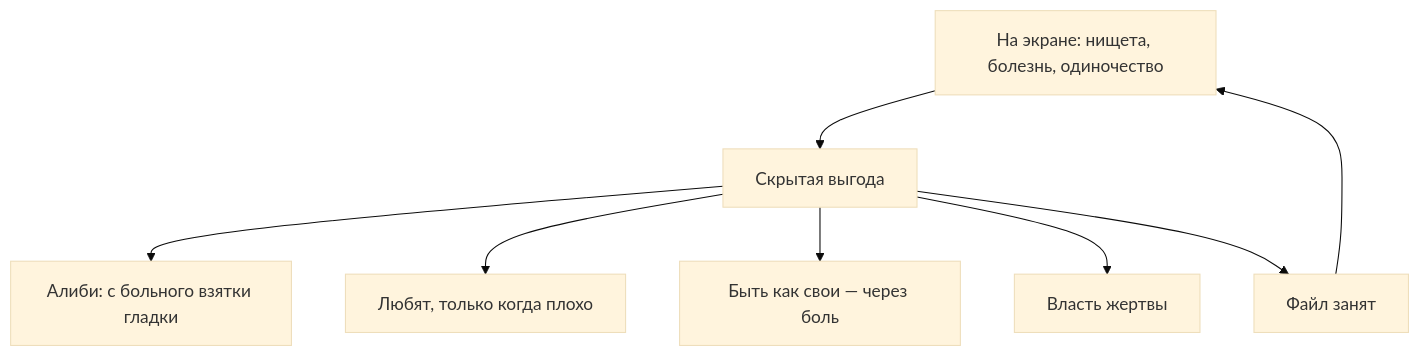
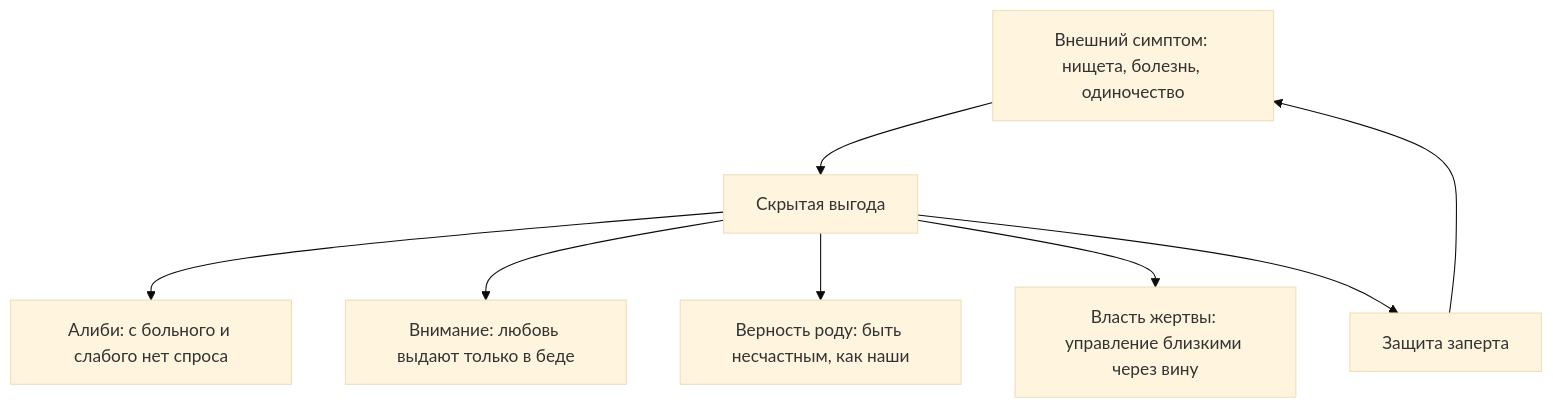
The diagram in root/15-secondary-benefits-firewall/ru.mdx (GTFB/threebooks), drawn with Mermaid (base theme) before and after one commit. The commit also changed other lines of this file and 40 other files, not shown here.

````diff
--- a/root/15-secondary-benefits-firewall/ru.mdx
+++ b/root/15-secondary-benefits-firewall/ru.mdx
@@ -88,10 +88,10 @@
 ```mermaid
 flowchart TD
-  Symptom["На экране: нищета, болезнь, одиночество"] --> Benefit["Скрытая выгода"]
-  Benefit --> Safety["Алиби: с больного взятки гладки"]
-  Benefit --> Attention["Любят, только когда плохо"]
-  Benefit --> Loyalty["Быть как свои — через боль"]
-  Benefit --> Power["Власть жертвы"]
-  Benefit --> Lock["Файл занят"]
+  Symptom["Внешний симптом: нищета, болезнь, одиночество"] --> Benefit["Скрытая выгода"]
+  Benefit --> Safety["Алиби: с больного и слабого нет спроса"]
+  Benefit --> Attention["Внимание: любовь выдают только в беде"]
+  Benefit --> Loyalty["Верность роду: быть несчастным, как наши"]
+  Benefit --> Power["Власть жертвы: управление близкими через вину"]
+  Benefit --> Lock["Защита заперта"]
   Lock --> Symptom
 ```
````
